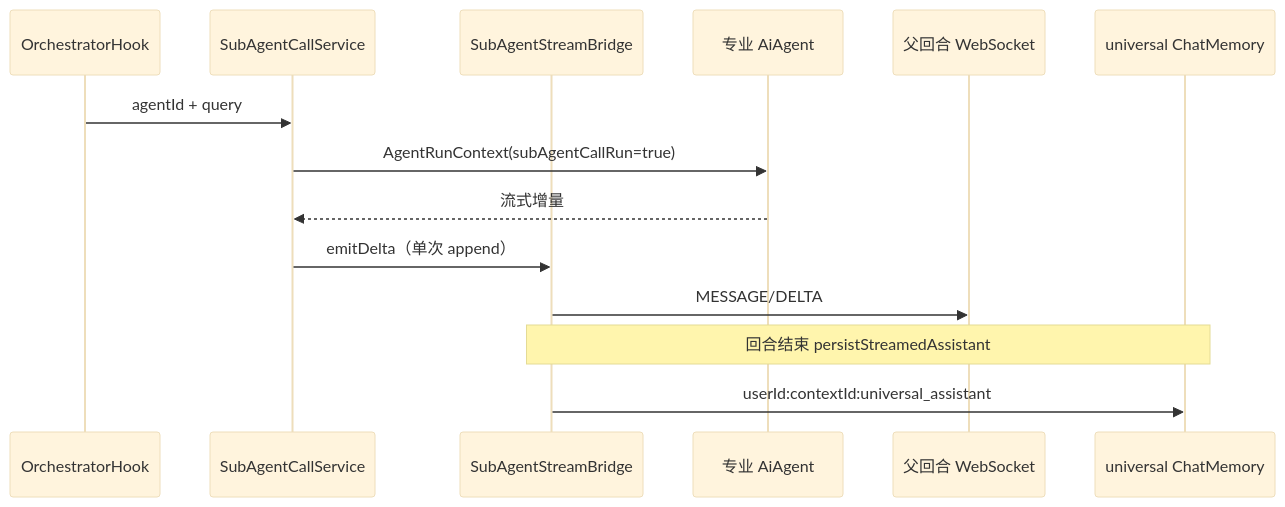
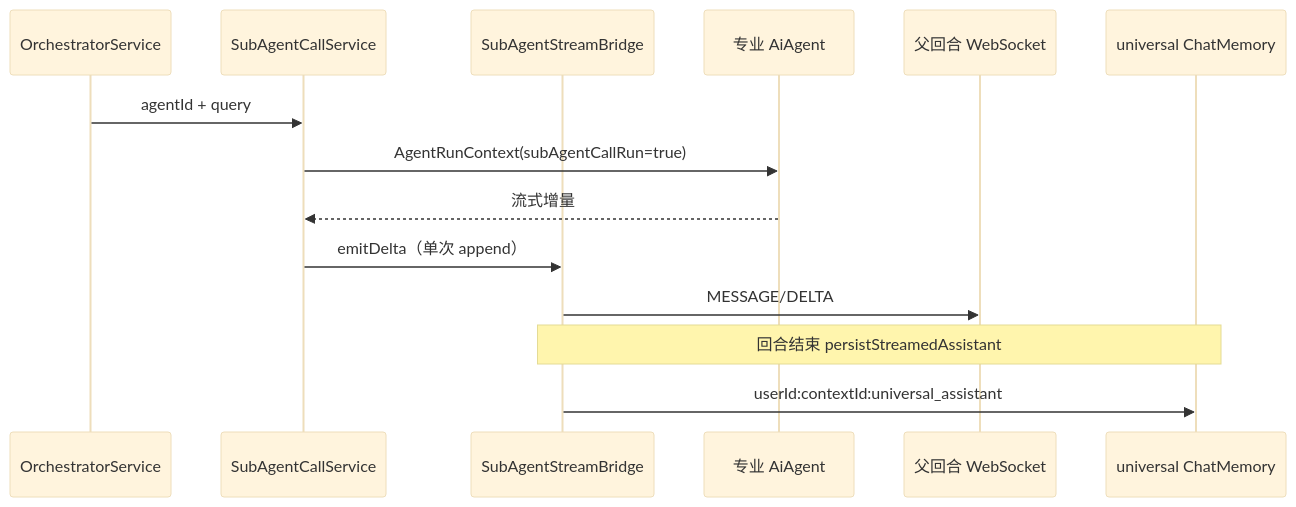
The second of 3 diagrams in 平台/通用助手/子智能体调用与记忆.md (j2agent-ai/j2agent-docs), drawn with Mermaid (base theme) before and after one commit. The commit also changed other lines of this file and 1 other file, not shown here.

First line of the commit message:
refactor(arch): 将通用助手编排逻辑从 Hook 迁移至独立服务

````diff
--- a/平台/通用助手/子智能体调用与记忆.md
+++ b/平台/通用助手/子智能体调用与记忆.md
@@ -61,17 +62,17 @@
 ```mermaid
 sequenceDiagram
-  participant Hook as OrchestratorHook
+  participant Orch as OrchestratorService
   participant Call as SubAgentCallService
   participant Bridge as SubAgentStreamBridge
   participant Sub as 专业 AiAgent
   participant WS as 父回合 WebSocket
   participant DB as universal ChatMemory
 
-  Hook->>Call: agentId + query
+  Orch->>Call: agentId + query
   Call->>Sub: AgentRunContext(subAgentCallRun=true)
   Sub-->>Call: 流式增量
   Call->>Bridge: emitDelta（单次 append）
   Bridge->>WS: MESSAGE/DELTA
   Note over Bridge,DB: 回合结束 persistStreamedAssistant
   Bridge->>DB: userId:contextId:universal_assistant
 ```
````
